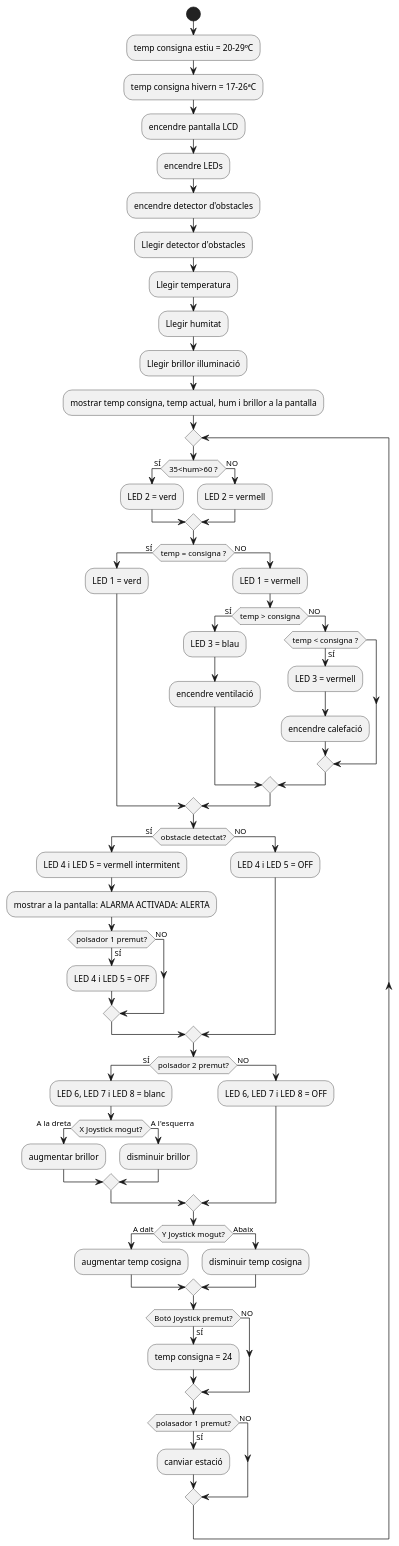
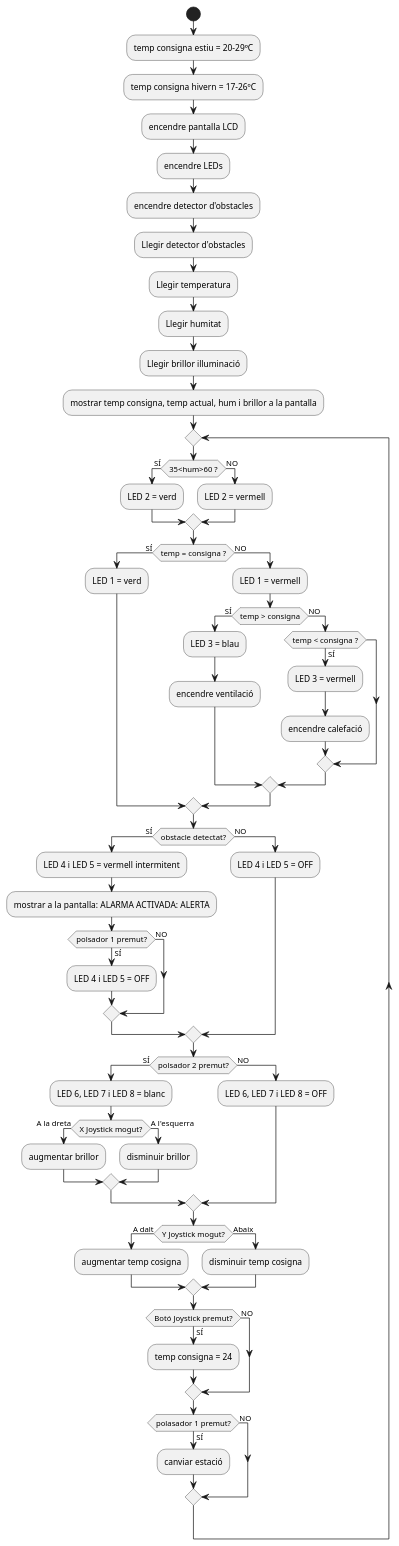
The diagram in diagrams/flux.puml (alex-touza/casa-domotica), drawn with PlantUML before and after one commit.

```diff
--- a/diagrams/flux.puml
+++ b/diagrams/flux.puml
@@ -1,67 +1,67 @@
 @startuml
 Start;
 :temp consigna estiu = 20-29ºC;
-:temp consigna hivern = 17-26ªC;
+:temp consigna hivern = 17-26ºC;
 :encendre pantalla LCD;
 :encendre LEDs;
 :encendre detector d'obstacles;
 :Llegir detector d'obstacles;
 :Llegir temperatura;
 :Llegir humitat;
 :Llegir brillor illuminació;
 :mostrar temp consigna, temp actual, hum i brillor a la pantalla;
 repeat
 if (35<hum>60 ?) then (SÍ)
  :LED 2 = verd;
  else (NO)
  :LED 2 = vermell;
 endif
 if (temp = consigna ?) then (SÍ)
  :LED 1 = verd;
  else (NO)
  :LED 1 = vermell;
 if (temp > consigna) then (SÍ)
   :LED 3 = blau;
   :encendre ventilació;
   else (NO)
    if (temp < consigna ?) then (SÍ)
    :LED 3 = vermell;
    :encendre calefació;
 endif
 endif
 endif
 if (obstacle detectat?) then (SÍ)
  :LED 4 i LED 5 = vermell intermitent;
  :mostrar a la pantalla: ALARMA ACTIVADA: ALERTA;
  if (polsador 1 premut?) then (SÍ)
   :LED 4 i LED 5 = OFF;
   else (NO)
  endif
  else (NO)
  :LED 4 i LED 5 = OFF;
 endif
 if (polsador 2 premut?) then (SÍ)
  :LED 6, LED 7 i LED 8 = blanc;
   if (X Joystick mogut?) then (A la dreta)
   :augmentar brillor;
   else (A l'esquerra)
   :disminuir brillor;
   endif
  else (NO)
  :LED 6, LED 7 i LED 8 = OFF;
 endif
 if (Y Joystick mogut?) then (A dalt)
  :augmentar temp cosigna;
 else (Abaix)
  :disminuir temp cosigna;
 endif
 if (Botó Joystick premut?) then (SÍ)
  :temp consigna = 24;
 else (NO)
 endif
 if (polasador 1 premut?) then (SÍ)
  :canviar estació;
 else (NO)
 endif
 
 @enduml
```
